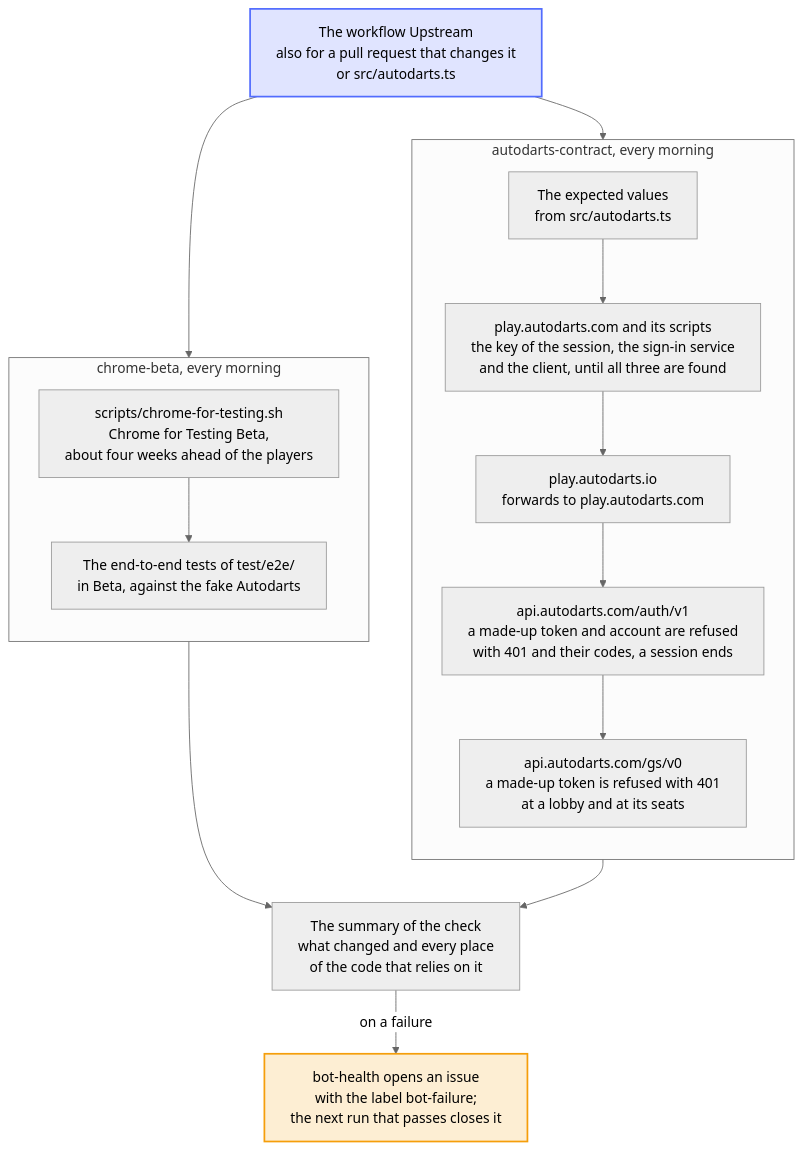
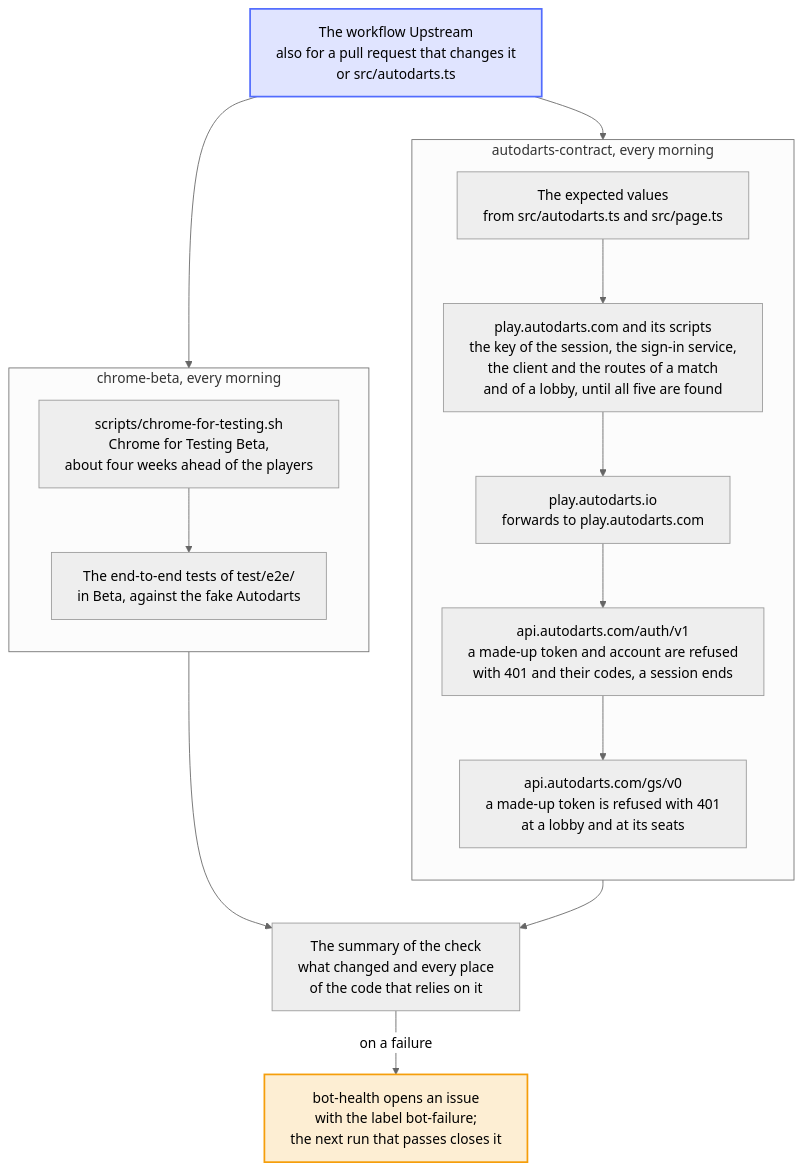
Before and after one commit to Dennis-Otto/player-switch-for-autodarts: the diagram in docs/diagrams/how-the-upstream-checks-work.mmd, drawn with Mermaid (neutral theme). The commit also changed 10 other files, not shown here.

First line of the commit message:
ci(upstream): watch the addresses of a match and of a lobby in Autodarts Play

```diff
--- a/docs/diagrams/how-the-upstream-checks-work.mmd
+++ b/docs/diagrams/how-the-upstream-checks-work.mmd
@@ -1,45 +1,45 @@
 ---
 config:
   flowchart:
     wrappingWidth: 400
 ---
 flowchart TB
     accTitle: How the upstream checks work
-    accDescr: The workflow Upstream runs two checks of what the extension relies on but doesn't control. Every morning, autodarts-contract takes the expected values from src/autodarts.ts and asks the real Autodarts with made-up data only, about a dozen requests: it looks for the key of the session, the sign-in service and the client in the code of play.autodarts.com, script by script until it has found all three, follows the forward of play.autodarts.io, sends a made-up token, a made-up account and the end of a made-up session to the sign-in service, and a made-up token to a made-up lobby and its seats at the game service, through the functions of the extension. Every morning as well, chrome-beta downloads Chrome for Testing Beta, the next version of Chrome, and runs the end-to-end tests in it against the fake Autodarts. When either fails, its summary names what changed and where the code relies on it, and the bot-health bot opens an issue with the label bot-failure, which the next run that passes closes.
+    accDescr: The workflow Upstream runs two checks of what the extension relies on but doesn't control. Every morning, autodarts-contract takes the expected values from src/autodarts.ts and src/page.ts and asks the real Autodarts with made-up data only, about a dozen requests: it looks for the key of the session, the sign-in service, the client and the scripts of the routes of a match and of a lobby in the code of play.autodarts.com, its page first and then script by script until it has found all five, follows the forward of play.autodarts.io, sends a made-up token, a made-up account and the end of a made-up session to the sign-in service, and a made-up token to a made-up lobby and its seats at the game service, through the functions of the extension. Every morning as well, chrome-beta downloads Chrome for Testing Beta, the next version of Chrome, and runs the end-to-end tests in it against the fake Autodarts. When either fails, its summary names what changed and where the code relies on it, and the bot-health bot opens an issue with the label bot-failure, which the next run that passes closes.
 
     workflow["The workflow Upstream<br>also for a pull request that changes it<br>or src/autodarts.ts"]
 
     subgraph daily ["autodarts-contract, every morning"]
         direction TB
-        values["The expected values<br>from src/autodarts.ts"]
-        page["play.autodarts.com and its scripts<br>the key of the session, the sign-in service<br>and the client, until all three are found"]
+        values["The expected values<br>from src/autodarts.ts and src/page.ts"]
+        page["play.autodarts.com and its scripts<br>the key of the session, the sign-in service,<br>the client and the routes of a match<br>and of a lobby, until all five are found"]
         forward["play.autodarts.io<br>forwards to play.autodarts.com"]
         auth["api.autodarts.com/auth/v1<br>a made-up token and account are refused<br>with 401 and their codes, a session ends"]
         game["api.autodarts.com/gs/v0<br>a made-up token is refused with 401<br>at a lobby and at its seats"]
         values --> page
         page --> forward
         forward --> auth
         auth --> game
     end
 
     subgraph beta ["chrome-beta, every morning"]
         direction TB
         download["scripts/chrome-for-testing.sh<br>Chrome for Testing Beta,<br>about four weeks ahead of the players"]
         tests["The end-to-end tests of test/e2e/<br>in Beta, against the fake Autodarts"]
         download --> tests
     end
 
     workflow --> values
     workflow --> download
 
     report["The summary of the check<br>what changed and every place<br>of the code that relies on it"]
     game --> report
     tests --> report
 
     issue["bot-health opens an issue<br>with the label bot-failure;<br>the next run that passes closes it"]
     report -->|on a failure| issue
 
     classDef bot fill:#526cfe2e,stroke:#526cfe,stroke-width:2px
     classDef person fill:#f59e0b2e,stroke:#f59e0b,stroke-width:2px
     class workflow bot
     class issue person
```
